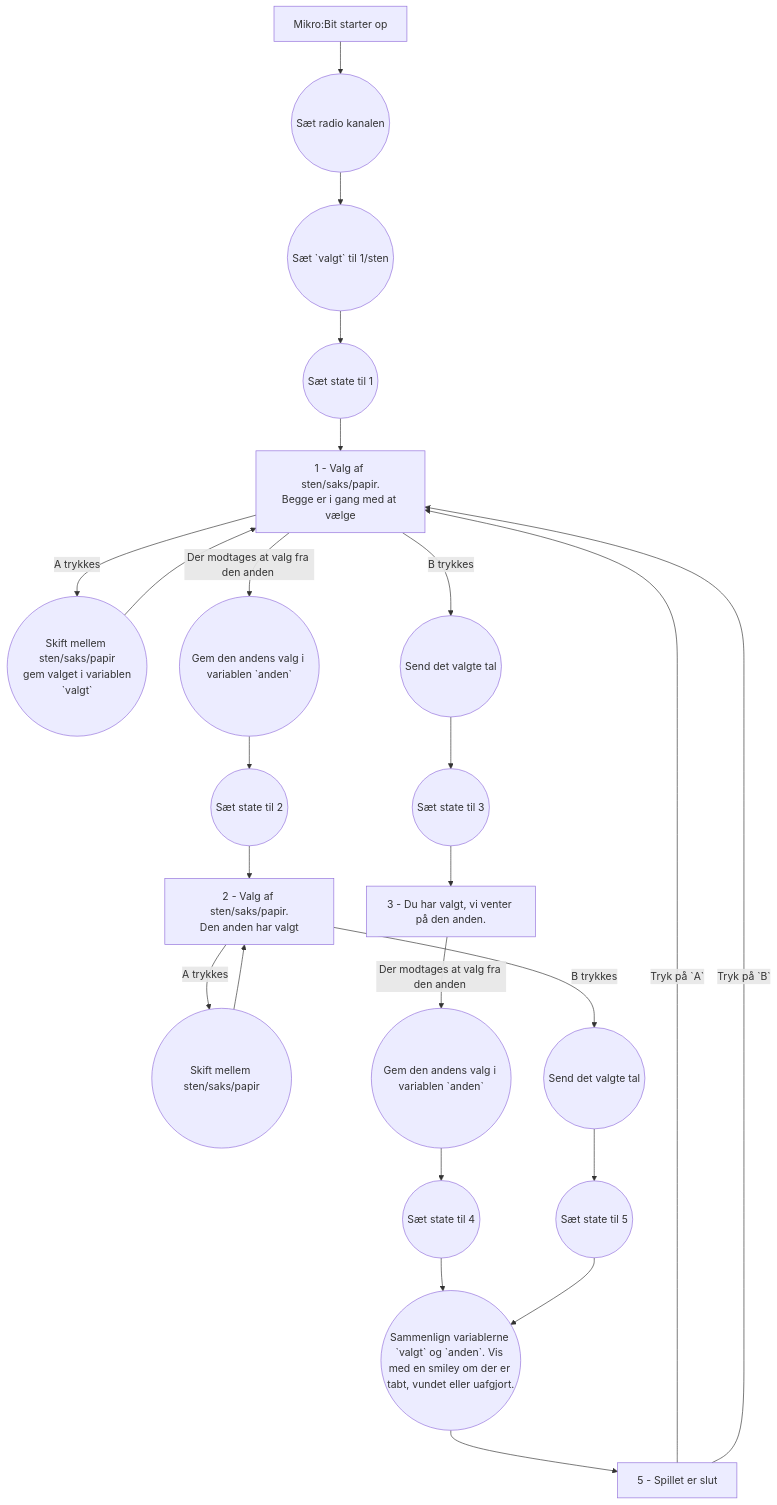
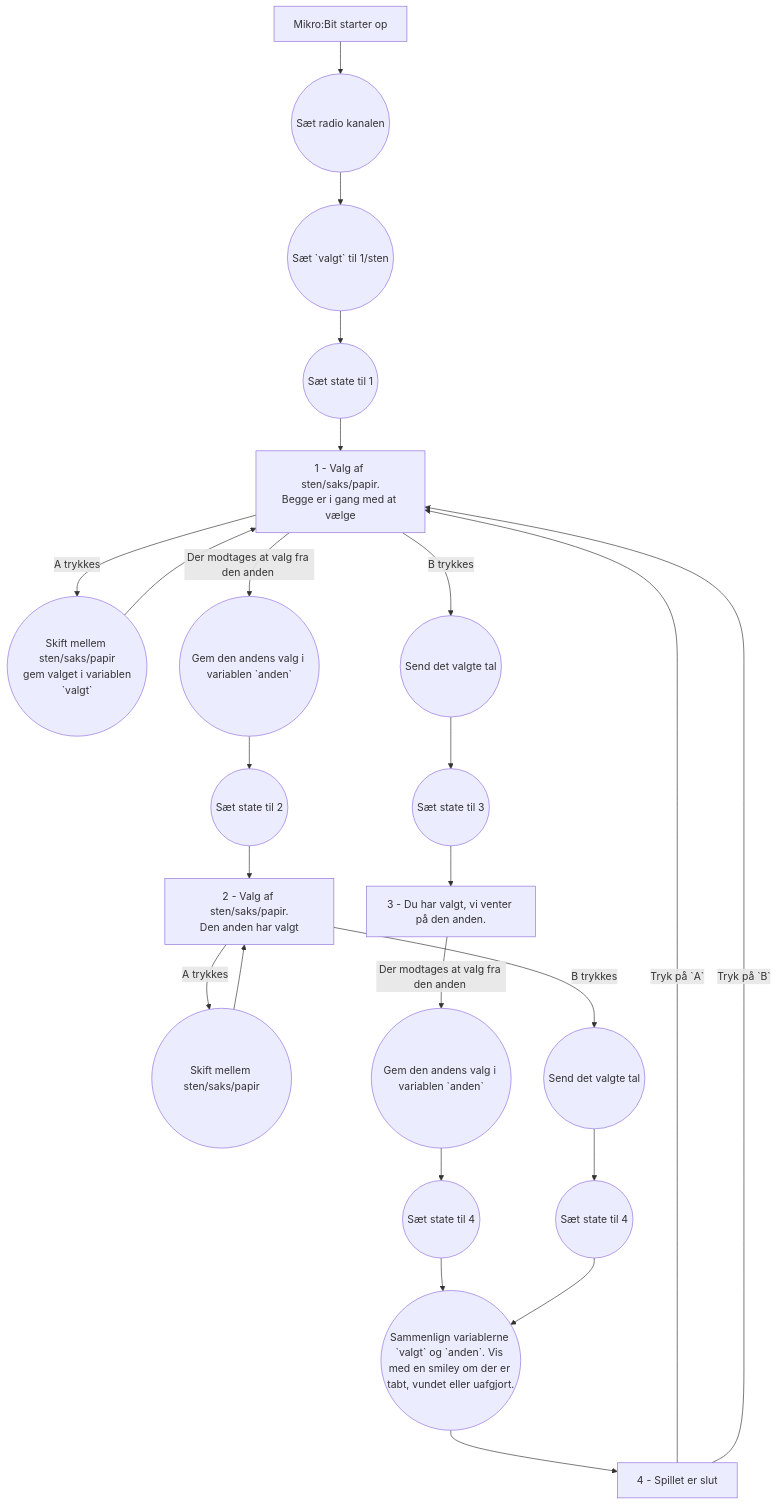
Before and after one commit to cp-roskilde/kode: the diagram in 2026 Forår/Python/Uge 11 - Microbit Radio 2/Radio.md, drawn with Mermaid.

Commit message:
Fix state diagram.

````diff
--- a/2026 Forår/Python/Uge 11 - Microbit Radio 2/Radio.md
+++ b/2026 Forår/Python/Uge 11 - Microbit Radio 2/Radio.md
@@ -43,20 +43,20 @@
 ```mermaid
 flowchart TD
     start[Mikro:Bit starter op]
     start --> start-s1((Sæt radio kanalen)) --> start-s2((Sæt `valgt` til 1/sten)) --> start-s3((Sæt state til 1)) --> select
     select[1 - Valg af sten/saks/papir.\nBegge er i gang med at vælge]
     select -- A trykkes --> select-s1((Skift mellem sten/saks/papir\n gem valget i variablen `valgt`)) --> select
     select -- B trykkes --> select-s4((Send det valgte tal)) --> select-s5((Sæt state til 3)) --> wait
     select -- Der modtages at valg fra den anden \n  --> select-s2((Gem den andens valg i variablen `anden`)) --> select-s3((Sæt state til 2)) --> select2
     select2[2 - Valg af sten/saks/papir.\nDen anden har valgt]
     select2 -- A trykkes --> select2-s1((Skift mellem sten/saks/papir)) --> select2
     wait[3 - Du har valgt, vi venter på den anden.]
     wait -- Der modtages at valg fra den anden \n  --> wait-s1((Gem den andens valg i variablen `anden`)) --> wait-s2((Sæt state til 4)) --> check
 
-    select2 -- B trykkes --> select-s6((Send det valgte tal)) --> select-s7((Sæt state til 5)) --> check
+    select2 -- B trykkes --> select-s6((Send det valgte tal)) --> select-s7((Sæt state til 4)) --> check
     check((Sammenlign variablerne `valgt` og `anden`. Vis med en smiley om der er tabt, vundet eller uafgjort.)) --> done
-    done[5 - Spillet er slut]
+    done[4 - Spillet er slut]
 
     done -- Tryk på `A` --> select
     done -- Tryk på `B` --> select
 ```
````
